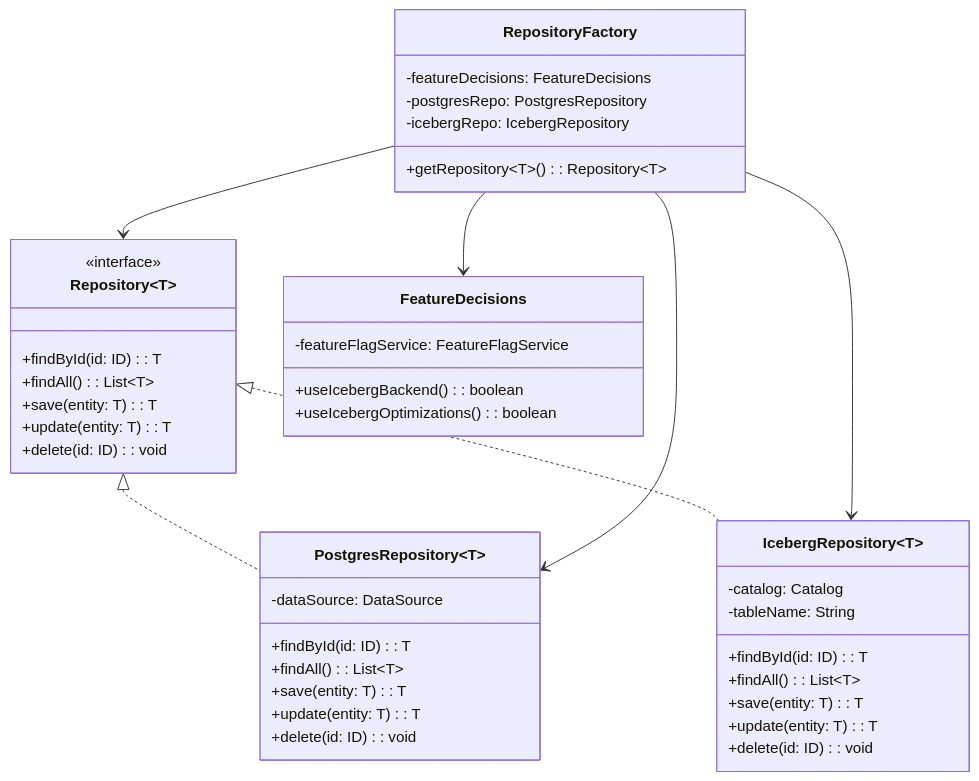
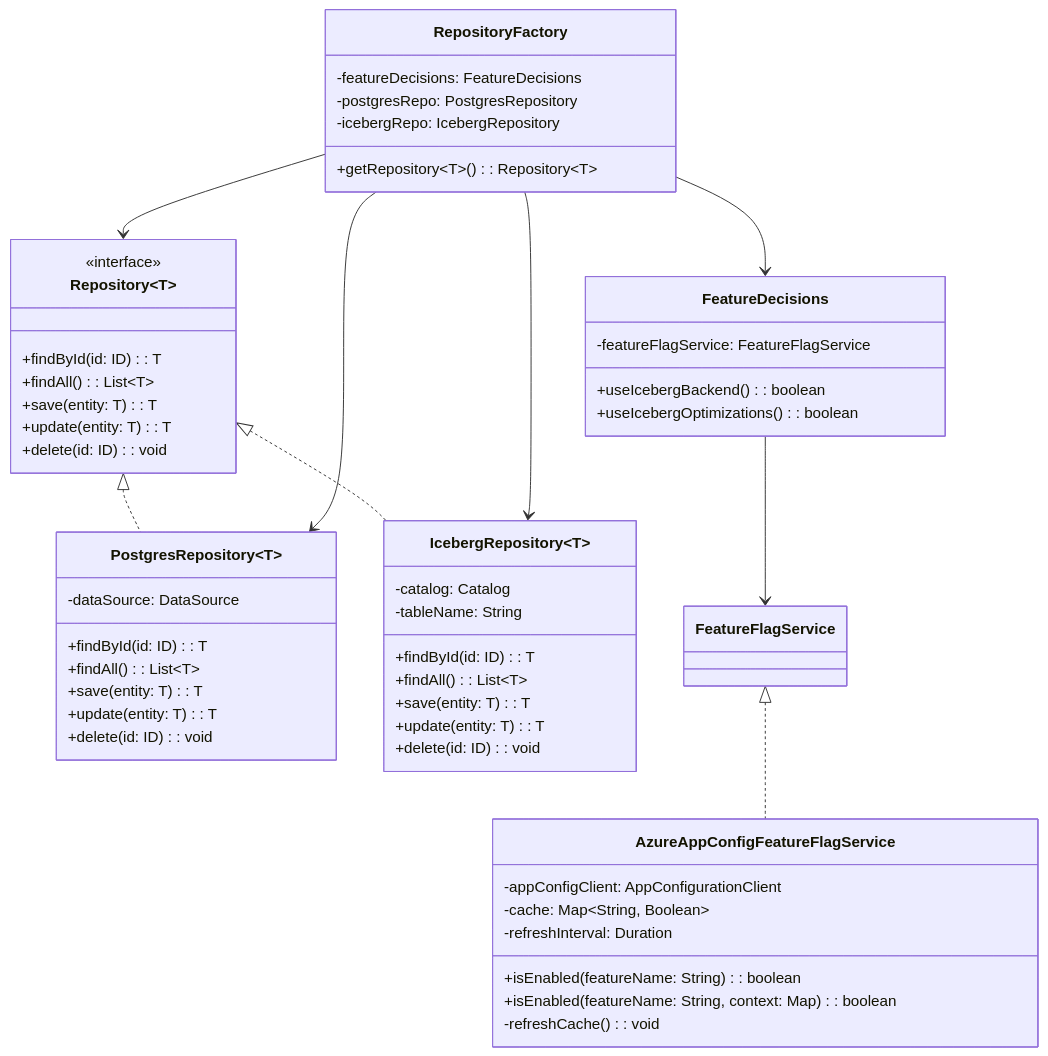
One commit to JCorners68/RTSentiment changed the second of 3 diagrams in docs/architecture/data-tier/data_plan.md. Above: the diagram before and after it, drawn with Mermaid. The commit also changed other lines of this file and 660 other files, not shown here.

````diff
--- a/docs/architecture/data-tier/data_plan.md
+++ b/docs/architecture/data-tier/data_plan.md
@@ -45,50 +45,61 @@
 ```mermaid
 classDiagram
     class Repository~T~ {
         <<interface>>
         +findById(id: ID): T
         +findAll(): List~T~
         +save(entity: T): T
         +update(entity: T): T
         +delete(id: ID): void
     }
     
     class PostgresRepository~T~ {
         -dataSource: DataSource
         +findById(id: ID): T
         +findAll(): List~T~
         +save(entity: T): T
         +update(entity: T): T
         +delete(id: ID): void
     }
     
     class IcebergRepository~T~ {
         -catalog: Catalog
         -tableName: String
         +findById(id: ID): T
         +findAll(): List~T~
         +save(entity: T): T
         +update(entity: T): T
         +delete(id: ID): void
     }
     
     class RepositoryFactory {
         -featureDecisions: FeatureDecisions
         -postgresRepo: PostgresRepository
         -icebergRepo: IcebergRepository
         +getRepository~T~(): Repository~T~
     }
     
     class FeatureDecisions {
         -featureFlagService: FeatureFlagService
         +useIcebergBackend(): boolean
         +useIcebergOptimizations(): boolean
     }
     
+    class AzureAppConfigFeatureFlagService {
+        -appConfigClient: AppConfigurationClient
+        -cache: Map~String, Boolean~
+        -refreshInterval: Duration
+        +isEnabled(featureName: String): boolean
+        +isEnabled(featureName: String, context: Map): boolean
+        -refreshCache(): void
+    }
+    
     Repository <|.. PostgresRepository
     Repository <|.. IcebergRepository
     RepositoryFactory --> Repository
     RepositoryFactory --> PostgresRepository
     RepositoryFactory --> IcebergRepository
     RepositoryFactory --> FeatureDecisions
+    FeatureFlagService <|.. AzureAppConfigFeatureFlagService
+    FeatureDecisions --> FeatureFlagService
 ```
````
